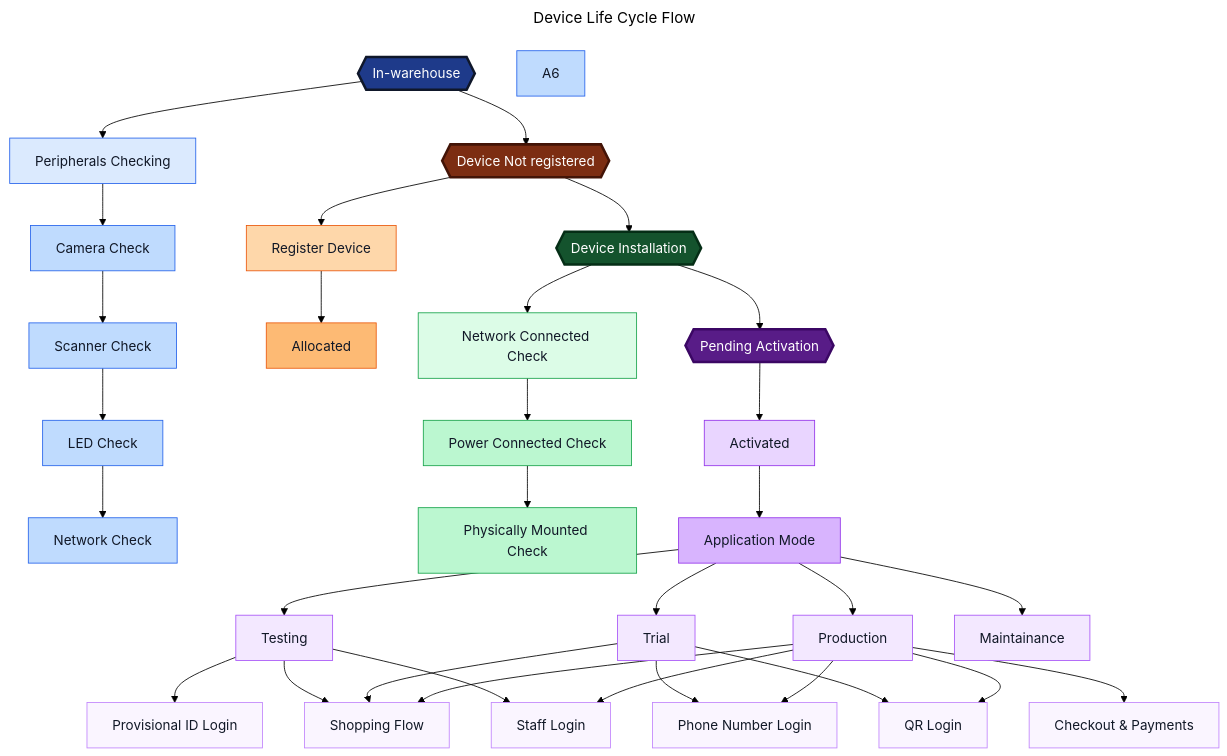
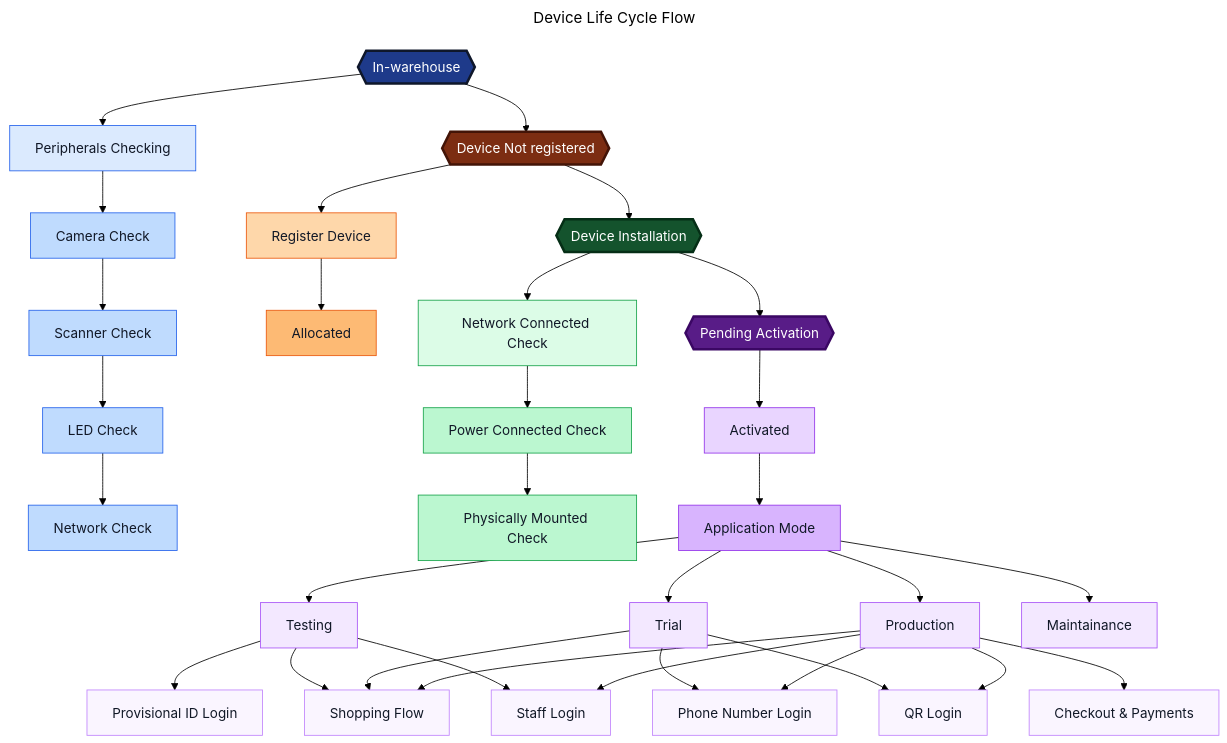
One commit to Ayush750502/PrologicTechnologies2025 changed the diagram in SkipQ/TO-DO 18-May-2026/README.MD. Above: the diagram before and after it, drawn with Mermaid (forest theme).

```diff
--- a/SkipQ/TO-DO 18-May-2026/README.MD
+++ b/SkipQ/TO-DO 18-May-2026/README.MD
@@ -92,7 +92,6 @@
 	style A3 fill:#BFDBFE,color:#111827,stroke:#2563EB
 	style A4 fill:#BFDBFE,color:#111827,stroke:#2563EB
 	style A5 fill:#BFDBFE,color:#111827,stroke:#2563EB
-	style A6 fill:#BFDBFE,color:#111827,stroke:#2563EB
 
 	style B2 fill:#FDBA74,color:#111827,stroke:#EA580C
 
```
